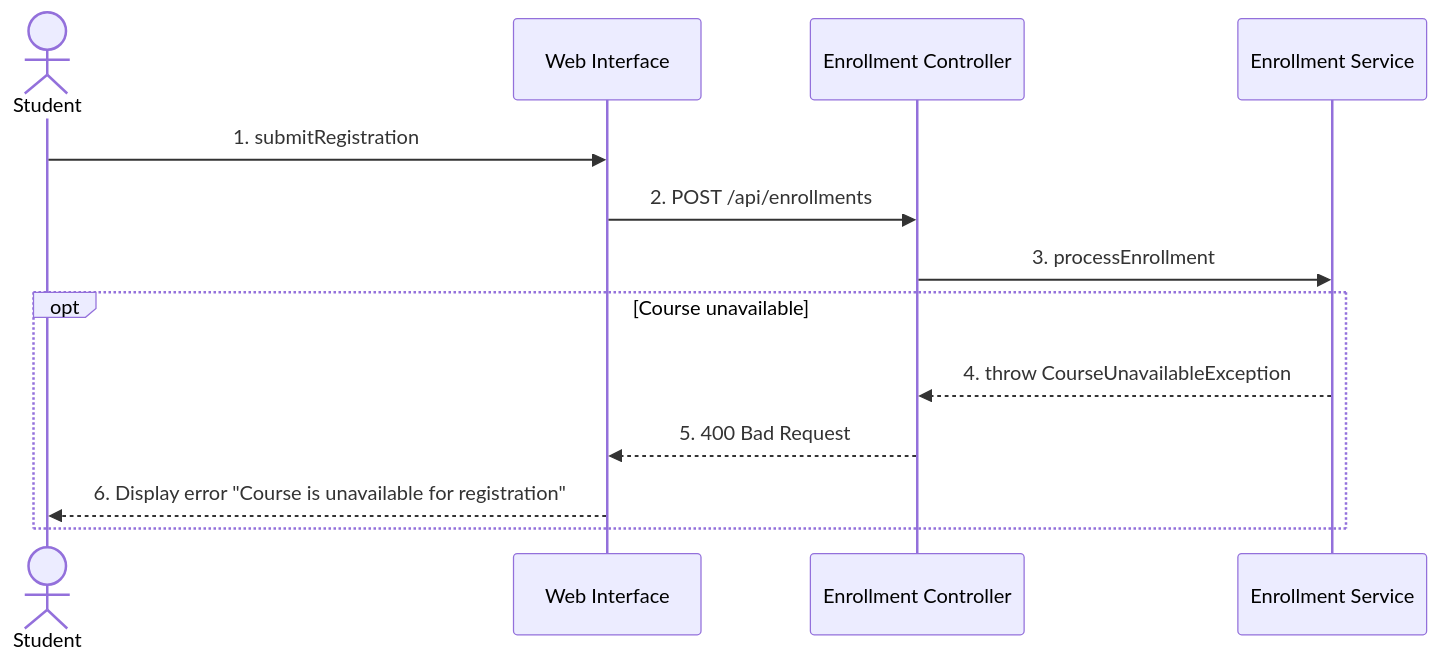
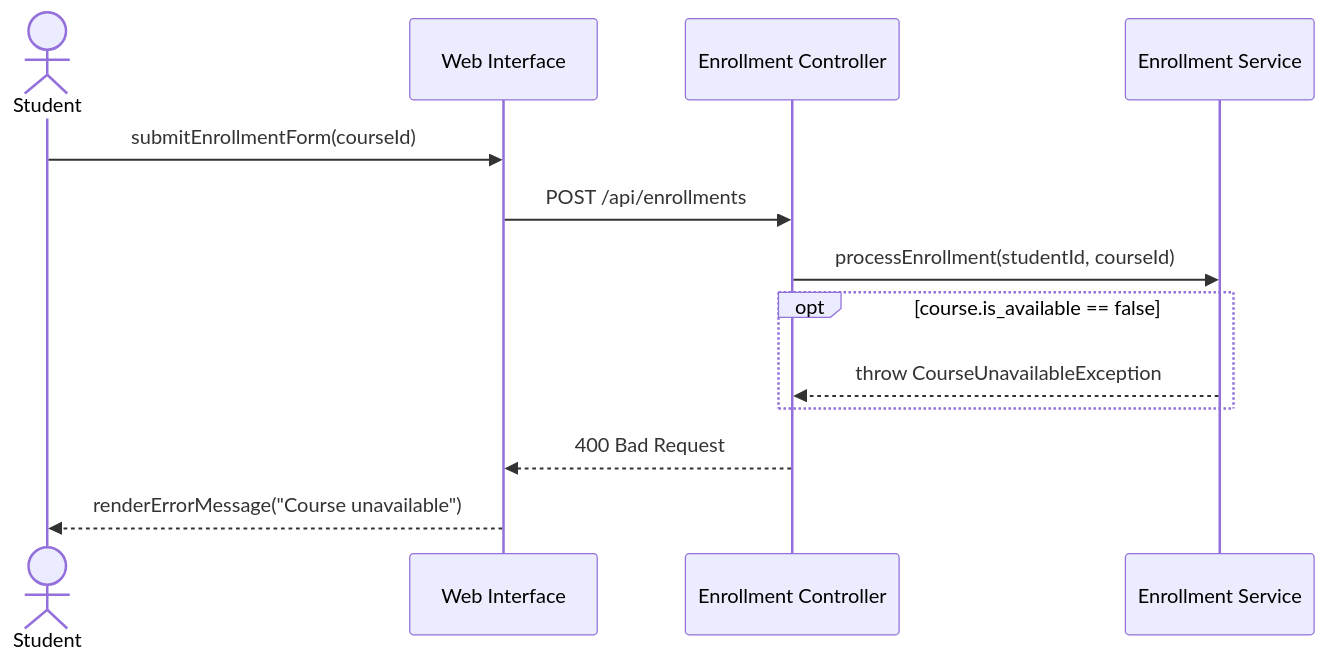
One commit to overdimension/KPI2-labs changed the second of 4 diagrams in Diagrams/Diagrams.md. Above: the diagram before and after it, drawn with Mermaid. The commit also changed other lines of this file, not shown here.

Commit message:
Refactor enrollment diagrams for clarity and accuracy

````diff
--- a/Diagrams/Diagrams.md
+++ b/Diagrams/Diagrams.md
@@ -23,17 +25,18 @@
 ```mermaid
 sequenceDiagram
     actor Student as Student
     participant WI as Web Interface
     participant EC as Enrollment Controller
     participant ES as Enrollment Service
 
-    Student->>WI: 1. submitRegistration
-    WI->>EC: 2. POST /api/enrollments
-    EC->>ES: 3. processEnrollment
+    Student->>WI: submitEnrollmentForm(courseId)
+    WI->>EC: POST /api/enrollments
+    EC->>ES: processEnrollment(studentId, courseId)
 
-    opt Course unavailable
-        ES-->>EC: 4. throw CourseUnavailableException
-        EC-->>WI: 5. 400 Bad Request
-        WI-->>Student: 6. Display error "Course is unavailable for registration"
+    opt course.is_available == false
+        ES-->>EC: throw CourseUnavailableException
     end
+
+    EC-->>WI: 400 Bad Request
+    WI-->>Student: renderErrorMessage("Course unavailable")
 ```
````
